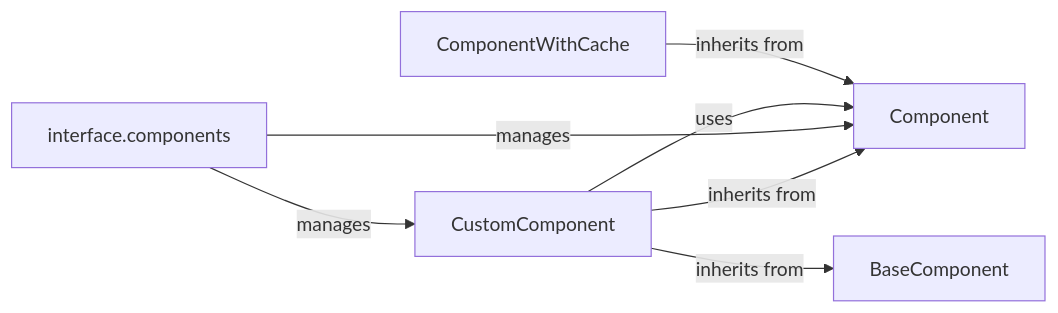
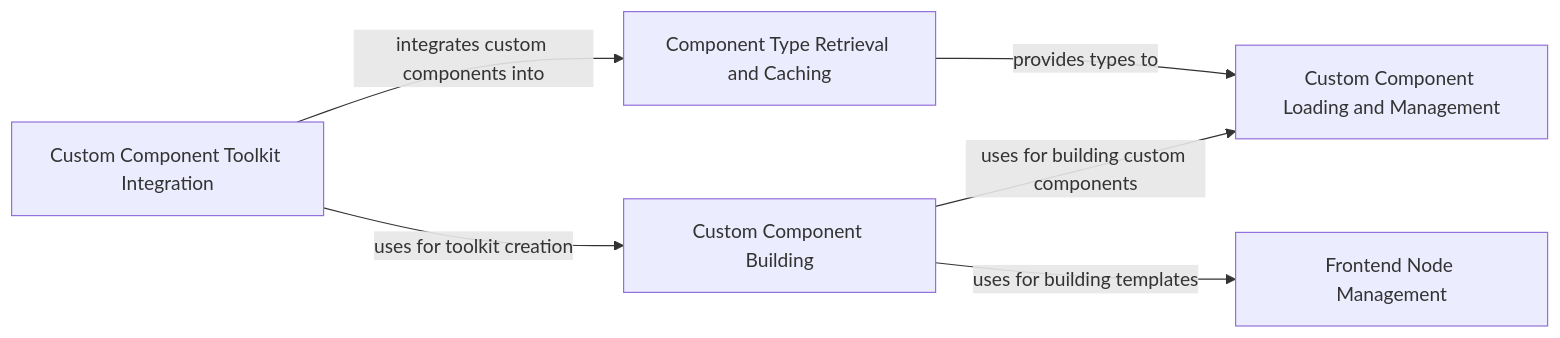
One commit to CodeBoarding/GeneratedOnBoardings changed the diagram in langflow/Component Management.md. Above: the diagram before and after it, drawn with Mermaid. The commit also changed other lines of this file and 109 other files, not shown here.

````diff
--- a/langflow/Component Management.md
+++ b/langflow/Component Management.md
@@ -1,14 +1,13 @@
 ```mermaid
 graph LR
-    Component["Component"]
-    CustomComponent["CustomComponent"]
-    BaseComponent["BaseComponent"]
-    ComponentWithCache["ComponentWithCache"]
-    interface_components["interface.components"]
-    CustomComponent -- "inherits from" --> BaseComponent
-    ComponentWithCache -- "inherits from" --> Component
-    CustomComponent -- "uses" --> Component
-    interface_components -- "manages" --> Component
-    interface_components -- "manages" --> CustomComponent
-    CustomComponent -- "inherits from" --> Component
+    Component_Type_Retrieval_and_Caching["Component Type Retrieval and Caching"]
+    Custom_Component_Building["Custom Component Building"]
+    Custom_Component_Loading_and_Management["Custom Component Loading and Management"]
+    Frontend_Node_Management["Frontend Node Management"]
+    Custom_Component_Toolkit_Integration["Custom Component Toolkit Integration"]
+    Component_Type_Retrieval_and_Caching -- "provides types to" --> Custom_Component_Loading_and_Management
+    Custom_Component_Building -- "uses for building custom components" --> Custom_Component_Loading_and_Management
+    Custom_Component_Building -- "uses for building templates" --> Frontend_Node_Management
+    Custom_Component_Toolkit_Integration -- "integrates custom components into" --> Component_Type_Retrieval_and_Caching
+    Custom_Component_Toolkit_Integration -- "uses for toolkit creation" --> Custom_Component_Building
 ```
````
